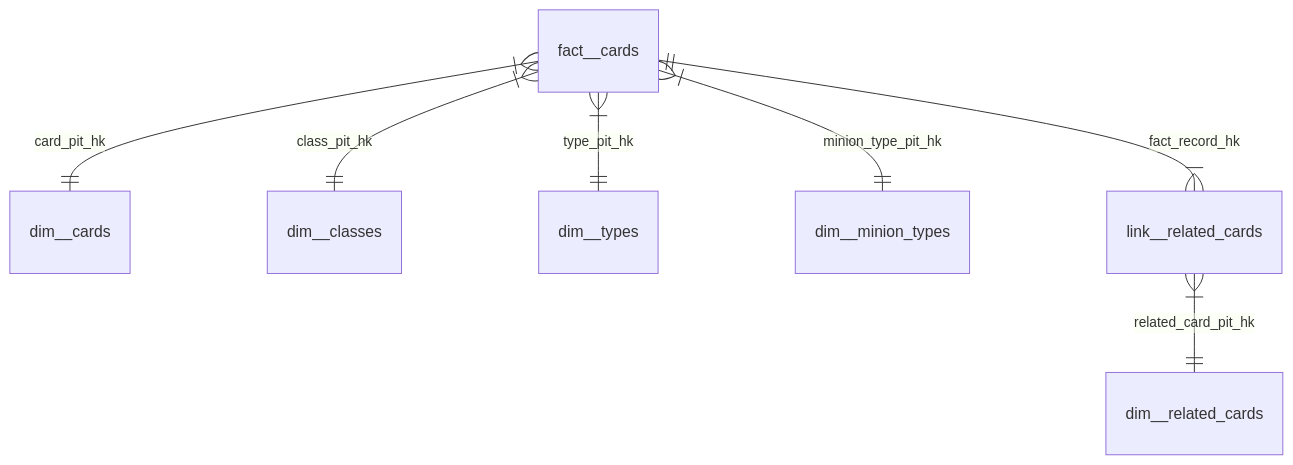
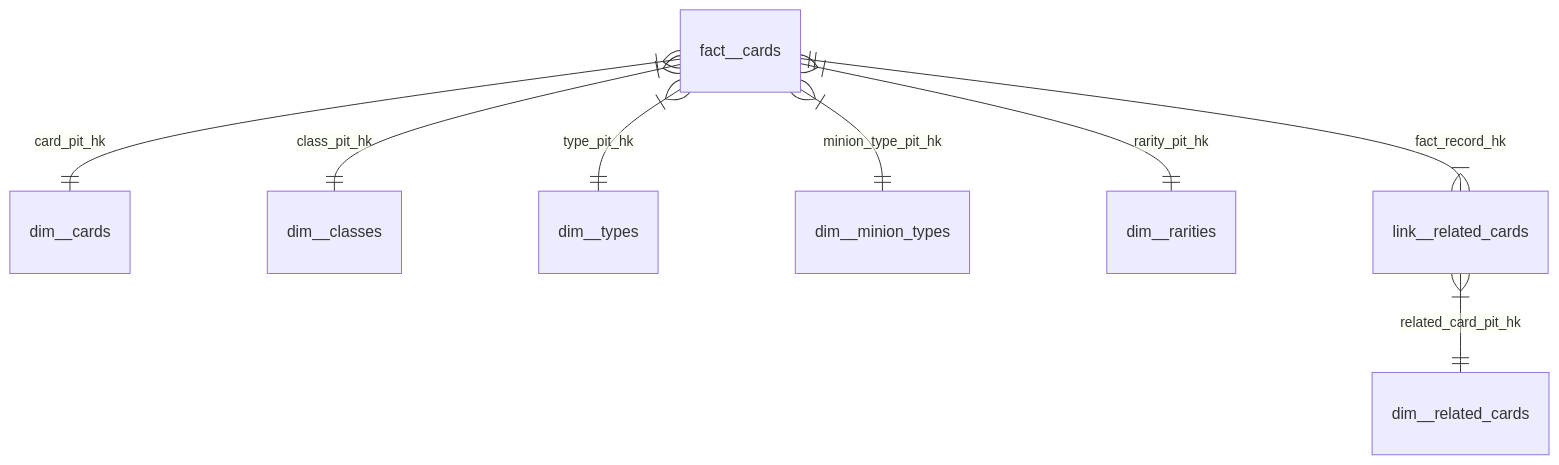
Before and after one commit to mattiasthalen/arcane-insight: the second of 2 diagrams in README.md, drawn with Mermaid. The commit also changed 5 other files, not shown here.

Commit message:
Add dim__rarities

````diff
--- a/README.md
+++ b/README.md
@@ -35,10 +35,11 @@
 ```mermaid
 erDiagram
     fact__cards }|--|| dim__cards: "card_pit_hk"
     fact__cards }|--|| dim__classes: "class_pit_hk"
     fact__cards }|--|| dim__types: "type_pit_hk"
     fact__cards }|--|| dim__minion_types: "minion_type_pit_hk"
+    fact__cards }|--|| dim__rarities: "rarity_pit_hk"
     
     fact__cards ||--|{ link__related_cards: "fact_record_hk"
     link__related_cards }|--|| dim__related_cards: "related_card_pit_hk"
 ```
````
